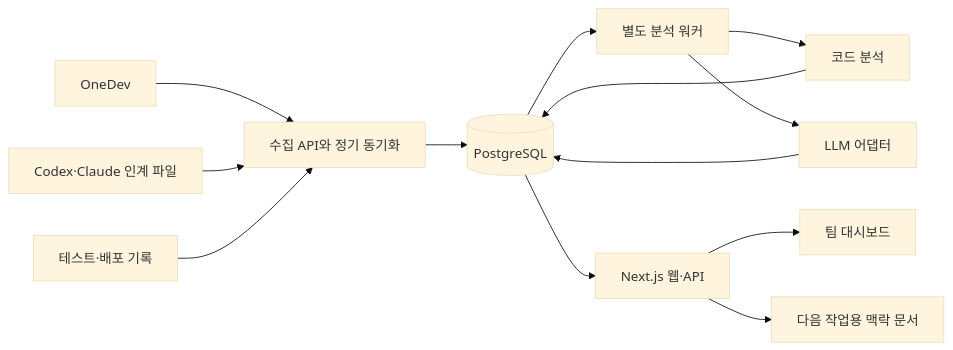
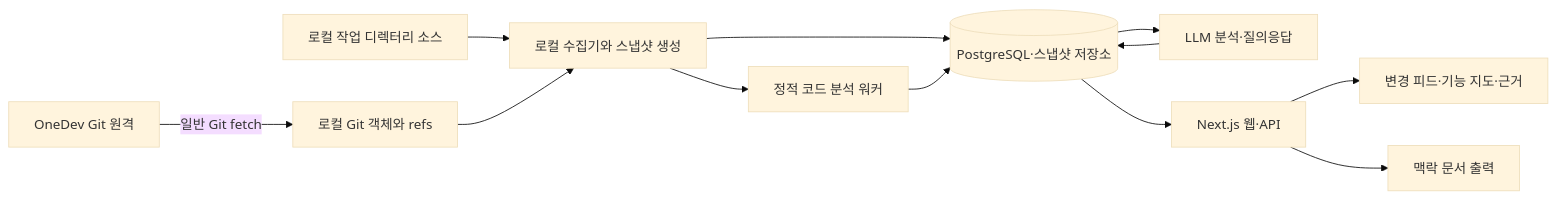
The diagram in docs/design.md (gtoyoung/codeatlas), drawn with Mermaid (base theme) before and after one commit. The commit also changed other lines of this file and 2 other files, not shown here.

Commit message:
docs: scope analysis to Git commits and local source

````diff
--- a/docs/design.md
+++ b/docs/design.md
@@ -133,15 +99,14 @@
 ```mermaid
 flowchart LR
-  O[OneDev] --> I[수집 API와 정기 동기화]
-  A[Codex·Claude 인계 파일] --> I
-  T[테스트·배포 기록] --> I
-  I --> D[(PostgreSQL)]
-  D --> W[별도 분석 워커]
-  W --> P[코드 분석]
-  W --> L[LLM 어댑터]
+  O[OneDev Git 원격] -->|일반 Git fetch| G[로컬 Git 객체와 refs]
+  S[로컬 작업 디렉터리 소스] --> C[로컬 수집기와 스냅샷 생성]
+  G --> C
+  C --> P[정적 코드 분석 워커]
+  C --> D[(PostgreSQL·스냅샷 저장소)]
   P --> D
+  D --> L[LLM 분석·질의응답]
   L --> D
   D --> N[Next.js 웹·API]
-  N --> U[팀 대시보드]
-  N --> C[다음 작업용 맥락 문서]
+  N --> U[변경 피드·기능 지도·근거]
+  N --> E[맥락 문서 출력]
 ```
````
